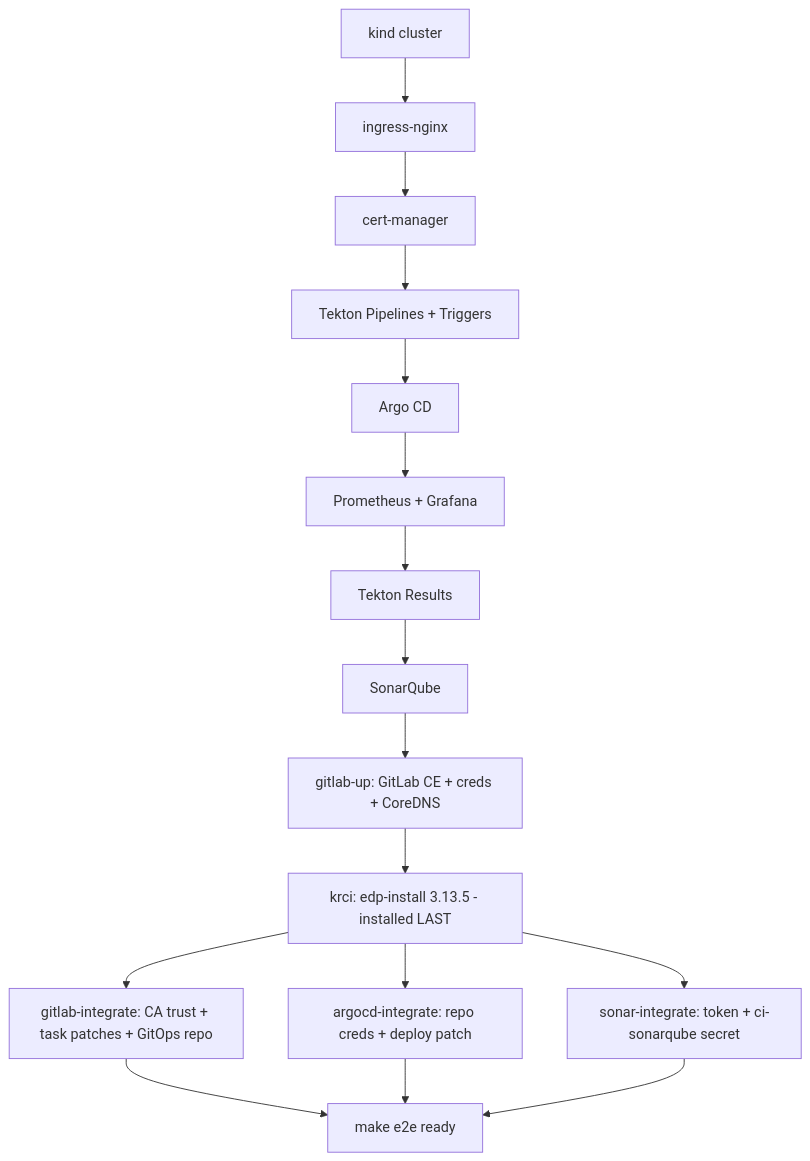
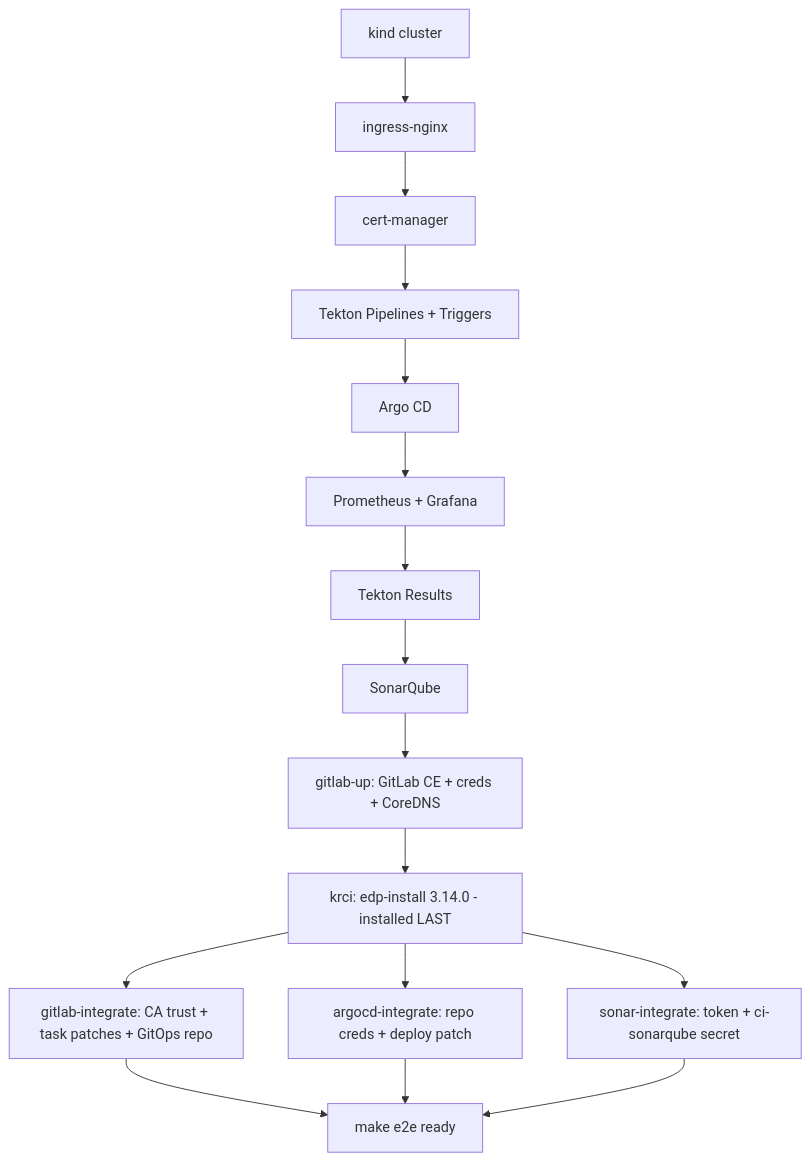
Before and after one commit to KubeRocketCI/docs: the first of 2 diagrams in blog/2026-06-06/try-kuberocketci-locally.md, drawn with Mermaid. The commit also changed other lines of this file and 5 other files, not shown here.

````diff
--- a/blog/2026-06-06/try-kuberocketci-locally.md
+++ b/blog/2026-06-06/try-kuberocketci-locally.md
@@ -88,18 +88,18 @@
 ```mermaid
 flowchart TD
     A[kind cluster] --> B[ingress-nginx]
     B --> C[cert-manager]
     C --> D[Tekton Pipelines + Triggers]
     D --> E[Argo CD]
     E --> F[Prometheus + Grafana]
     F --> G[Tekton Results]
     G --> H[SonarQube]
     H --> I[gitlab-up: GitLab CE + creds + CoreDNS]
-    I --> J[krci: edp-install 3.13.5 - installed LAST]
+    I --> J[krci: edp-install 3.14.0 - installed LAST]
     J --> K[gitlab-integrate: CA trust + task patches + GitOps repo]
     J --> L[argocd-integrate: repo creds + deploy patch]
     J --> M[sonar-integrate: token + ci-sonarqube secret]
     K --> N[make e2e ready]
     L --> N
     M --> N
 ```
````
